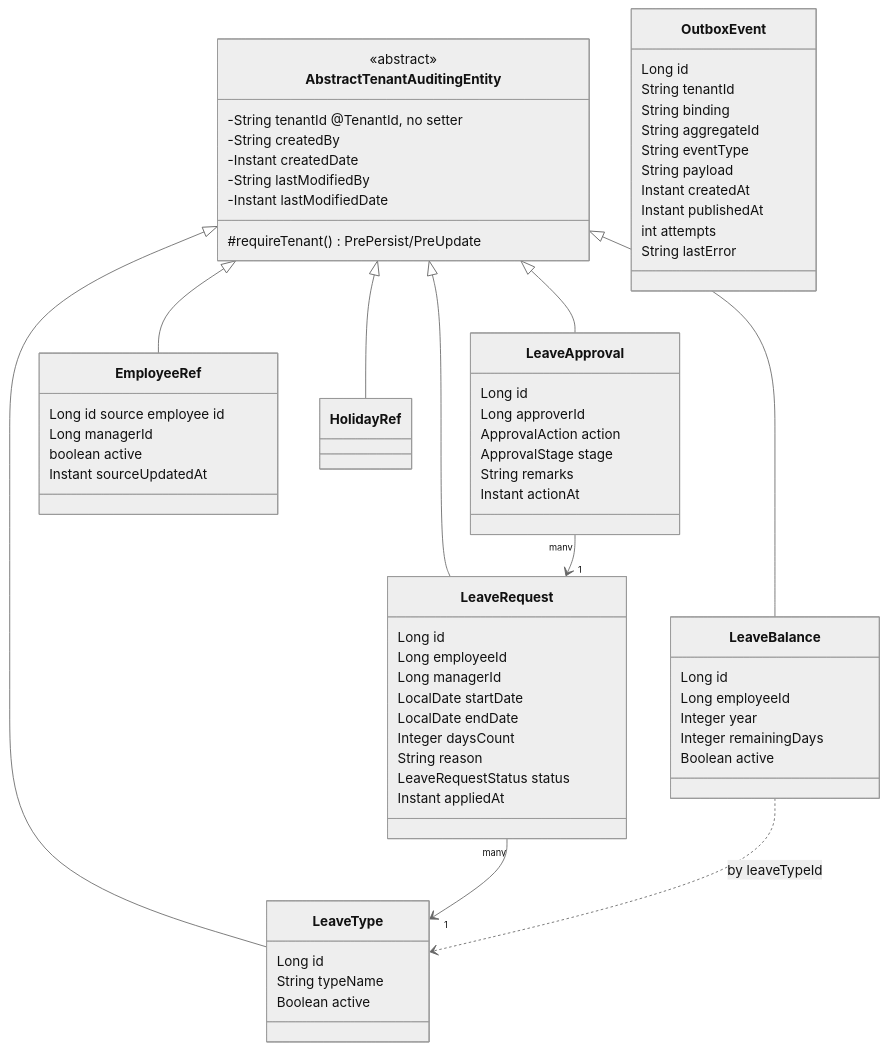
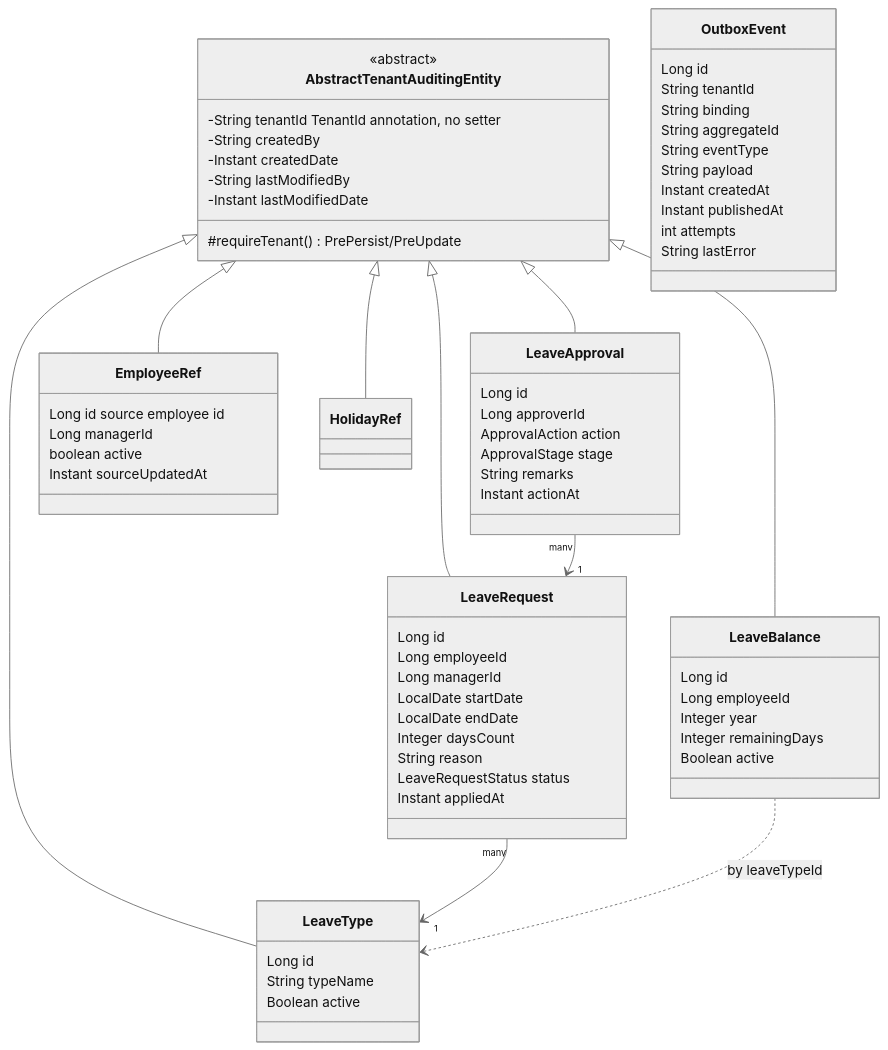
One commit to Scaibu/llm-obs-policies changed diagram 14 of 28 in rules/code-quality/architecture-principles/0002-generic-microservice-platform-blueprint.md. Above: the diagram before and after it, drawn with Mermaid (neutral theme). The commit also changed other lines of this file, not shown here.

Commit message:
fix(diagrams): remove all @ annotations from Mermaid blocks to fix parse errors

````diff
--- a/rules/code-quality/architecture-principles/0002-generic-microservice-platform-blueprint.md
+++ b/rules/code-quality/architecture-principles/0002-generic-microservice-platform-blueprint.md
@@ -963,71 +963,71 @@
 ```mermaid
 classDiagram
     class AbstractTenantAuditingEntity {
         <<abstract>>
-        -String tenantId  @TenantId, no setter
+        -String tenantId  TenantId annotation, no setter
         -String createdBy
         -Instant createdDate
         -String lastModifiedBy
         -Instant lastModifiedDate
         #requireTenant() PrePersist/PreUpdate
     }
     class LeaveType {
         Long id
         String typeName
         Boolean active
     }
     class LeaveBalance {
         Long id
         Long employeeId
         Integer year
         Integer remainingDays
         Boolean active
     }
     class LeaveRequest {
         Long id
         Long employeeId
         Long managerId
         LocalDate startDate
         LocalDate endDate
         Integer daysCount
         String reason
         LeaveRequestStatus status
         Instant appliedAt
     }
     class LeaveApproval {
         Long id
         Long approverId
         ApprovalAction action
         ApprovalStage stage
         String remarks
         Instant actionAt
     }
     class EmployeeRef {
         Long id  source employee id
         Long managerId
         boolean active
         Instant sourceUpdatedAt
     }
     class HolidayRef
     class OutboxEvent {
         Long id
         String tenantId
         String binding
         String aggregateId
         String eventType
         String payload
         Instant createdAt
         Instant publishedAt
         int attempts
         String lastError
     }
     AbstractTenantAuditingEntity <|-- LeaveType
     AbstractTenantAuditingEntity <|-- LeaveBalance
     AbstractTenantAuditingEntity <|-- LeaveRequest
     AbstractTenantAuditingEntity <|-- LeaveApproval
     AbstractTenantAuditingEntity <|-- EmployeeRef
     AbstractTenantAuditingEntity <|-- HolidayRef
     LeaveRequest "many" --> "1" LeaveType
     LeaveApproval "many" --> "1" LeaveRequest
     LeaveBalance ..> LeaveType : by leaveTypeId
 ```
````
